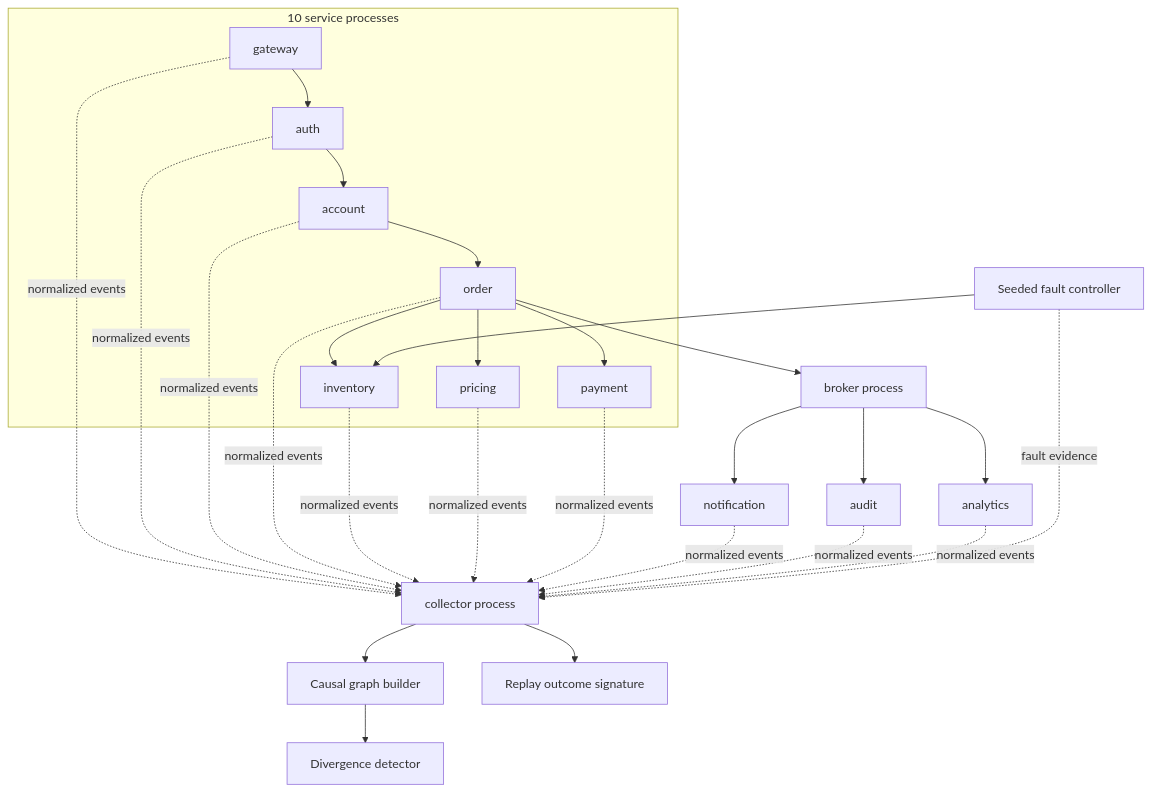
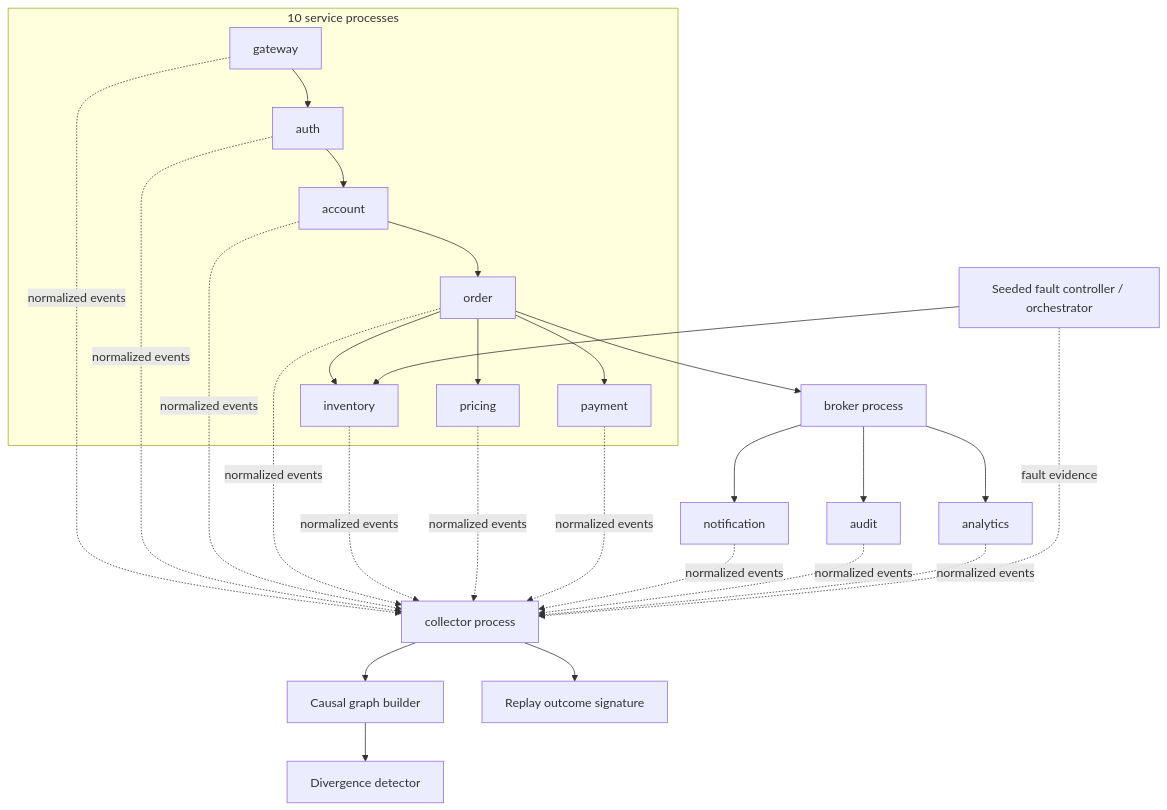
One commit to yjr28/kestrel-replay changed the first of 2 diagrams in ARCHITECTURE.md. Above: the diagram before and after it, drawn with Mermaid. The commit also changed other lines of this file and 13 other files, not shown here.

````diff
--- a/ARCHITECTURE.md
+++ b/ARCHITECTURE.md
@@ -18,32 +18,32 @@
 ```mermaid
 flowchart TB
     subgraph Services[10 service processes]
       G[gateway] --> A[auth] --> AC[account] --> O[order]
       O --> I[inventory]
       O --> P[pricing]
       O --> PAY[payment]
     end
 
     O --> B[broker process]
     B --> N[notification]
     B --> AU[audit]
     B --> AN[analytics]
 
-    F[Seeded fault controller] --> I
+    F[Seeded fault controller / orchestrator] --> I
 
     G -. normalized events .-> C[collector process]
     A -. normalized events .-> C
     AC -. normalized events .-> C
     O -. normalized events .-> C
     I -. normalized events .-> C
     P -. normalized events .-> C
     PAY -. normalized events .-> C
     N -. normalized events .-> C
     AU -. normalized events .-> C
     AN -. normalized events .-> C
     F -. fault evidence .-> C
 
     C --> CG[Causal graph builder]
     CG --> D[Divergence detector]
     C --> R[Replay outcome signature]
 ```
````
